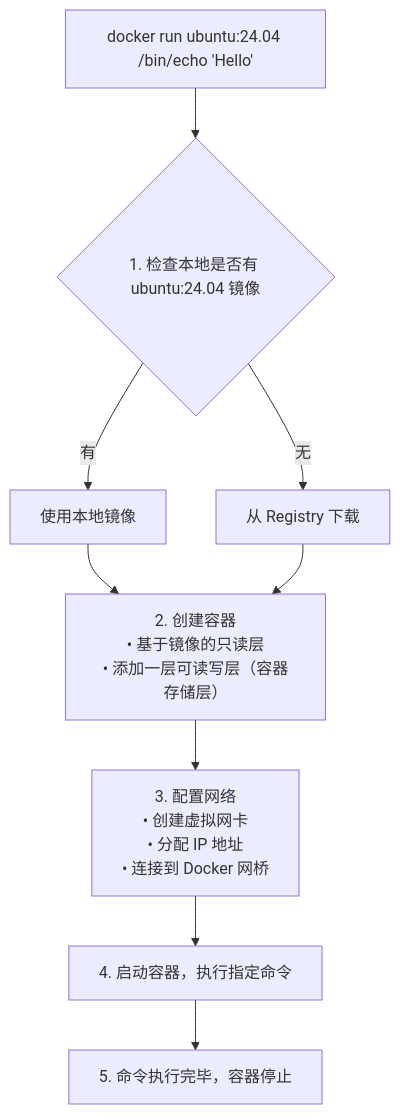
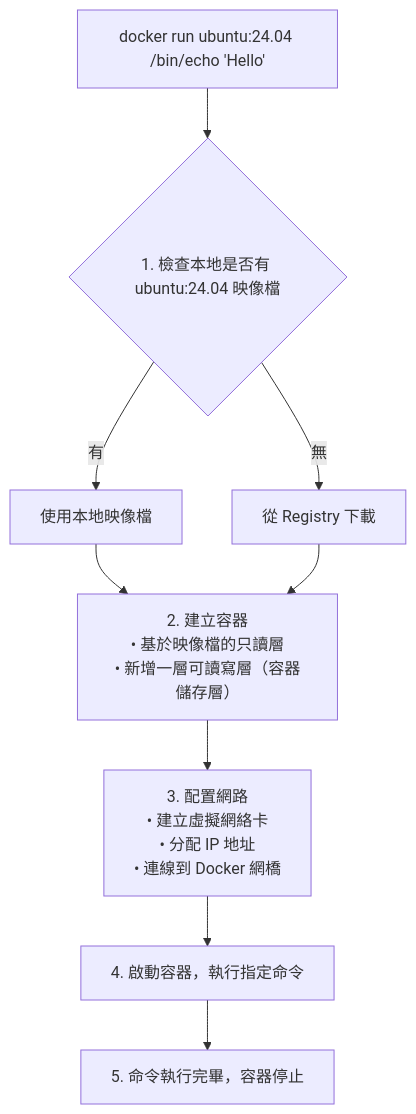
The diagram in 05_container/5.1_run.md (alexkuoecity/docker-practice-master-zh-tw), drawn with Mermaid before and after one commit. The commit also changed other lines of this file and 200 other files, not shown here.

````diff
--- a/05_container/5.1_run.md
+++ b/05_container/5.1_run.md
@@ -64,16 +64,16 @@
 ```mermaid
 flowchart TD
     Cmd["docker run ubuntu:24.04 /bin/echo 'Hello'"] --> Step1
 
-    Step1{"1. 检查本地是否有 ubuntu:24.04 镜像"}
-    Step1 -- 有 --> Step1_Yes["使用本地镜像"]
-    Step1 -- 无 --> Step1_No["从 Registry 下载"]
+    Step1{"1. 檢查本地是否有 ubuntu:24.04 映像檔"}
+    Step1 -- 有 --> Step1_Yes["使用本地映像檔"]
+    Step1 -- 無 --> Step1_No["從 Registry 下載"]
 
     Step1_Yes --> Step2
     Step1_No --> Step2
 
-    Step2["2. 创建容器<br/>• 基于镜像的只读层<br/>• 添加一层可读写层（容器存储层）"] --> Step3
-    Step3["3. 配置网络<br/>• 创建虚拟网卡<br/>• 分配 IP 地址<br/>• 连接到 Docker 网桥"] --> Step4
-    Step4["4. 启动容器，执行指定命令"] --> Step5
-    Step5["5. 命令执行完毕，容器停止"]
+    Step2["2. 建立容器<br/>• 基於映像檔的只讀層<br/>• 新增一層可讀寫層（容器儲存層）"] --> Step3
+    Step3["3. 配置網路<br/>• 建立虛擬網絡卡<br/>• 分配 IP 地址<br/>• 連線到 Docker 網橋"] --> Step4
+    Step4["4. 啟動容器，執行指定命令"] --> Step5
+    Step5["5. 命令執行完畢，容器停止"]
 ```
````
